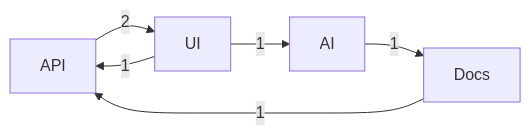
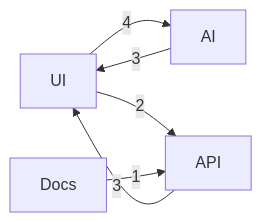
Before and after one commit to DeepExtrema/deepextrema: the diagram in README.md, drawn with Mermaid. The commit also changed other lines of this file and 4 other files, not shown here.

````diff
--- a/README.md
+++ b/README.md
@@ -221,8 +221,8 @@
 ```mermaid
 graph LR
-    API -->|2| UI
+    UI -->|4| AI
+    API -->|3| UI
+    AI -->|3| UI
+    UI -->|2| API
     Docs -->|1| API
-    UI -->|1| API
-    UI -->|1| AI
-    AI -->|1| Docs
 ```
````
